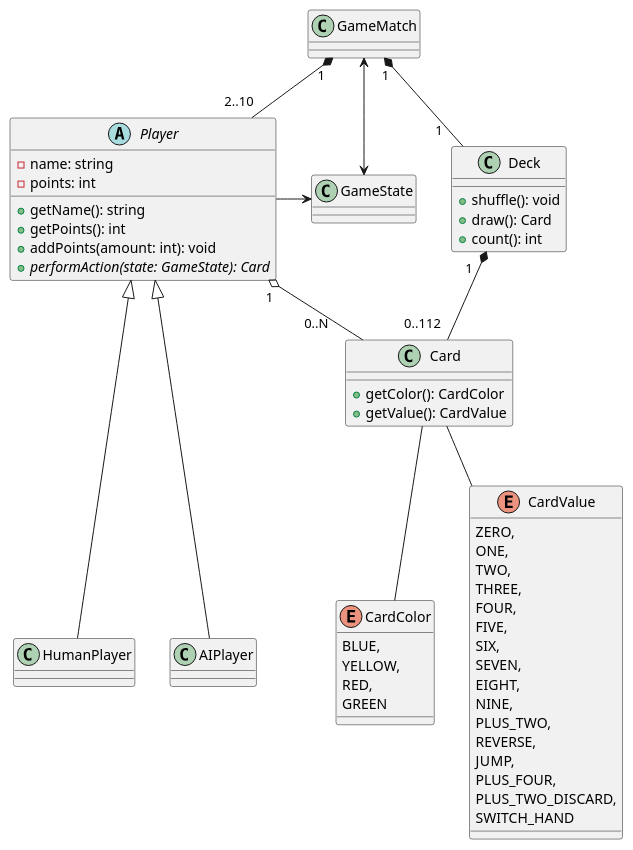
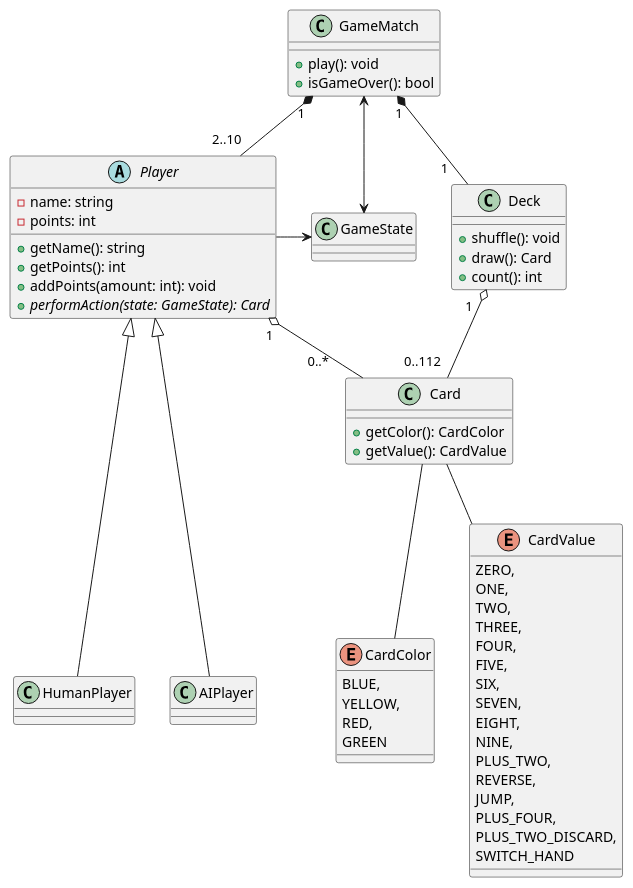
The diagram in docs/ClassDiagram.puml (danilobezerra/uno-game), drawn with PlantUML before and after one commit.

Commit message:
Update class diagram

```diff
--- a/docs/ClassDiagram.puml
+++ b/docs/ClassDiagram.puml
@@ -1,71 +1,72 @@
 @startuml
 'https://plantuml.com/class-diagram
 
 enum CardColor {
     BLUE,
     YELLOW,
     RED,
     GREEN
 }
 
 enum CardValue {
     ZERO,
     ONE,
     TWO,
     THREE,
     FOUR,
     FIVE,
     SIX,
     SEVEN,
     EIGHT,
     NINE,
     PLUS_TWO,
     REVERSE,
     JUMP,
     PLUS_FOUR,
     PLUS_TWO_DISCARD,
     SWITCH_HAND
 }
 
 class Card {
     + getColor(): CardColor
     + getValue(): CardValue
 }
 
 class Deck {
 
     + shuffle(): void
     + draw(): Card
     + count(): int
 }
 
 class GameMatch {
-
+    + play(): void
+    + isGameOver(): bool
 }
 
 class GameState {
 
 }
 
 abstract class Player {
     - name: string
     - points: int
 
     + getName(): string
     + getPoints(): int
     + addPoints(amount: int): void
     + {abstract} performAction(state: GameState): Card
 }
 
 Card  --  CardColor
 Card  --  CardValue
-Deck "1   " *-- "0..112  " Card
+Deck "1   " o-- "0..112  " Card
 Player <|--- HumanPlayer
 Player <|--- AIPlayer
-Player "1  " o-- "0..N      " Card
+Player "1  " o-- "0..*      " Card
 Player -> GameState
 GameMatch "1" *-- "2..10  " Player
 GameMatch "1" *-- "1    " Deck
 GameMatch <-> GameState
 
 @enduml
```
